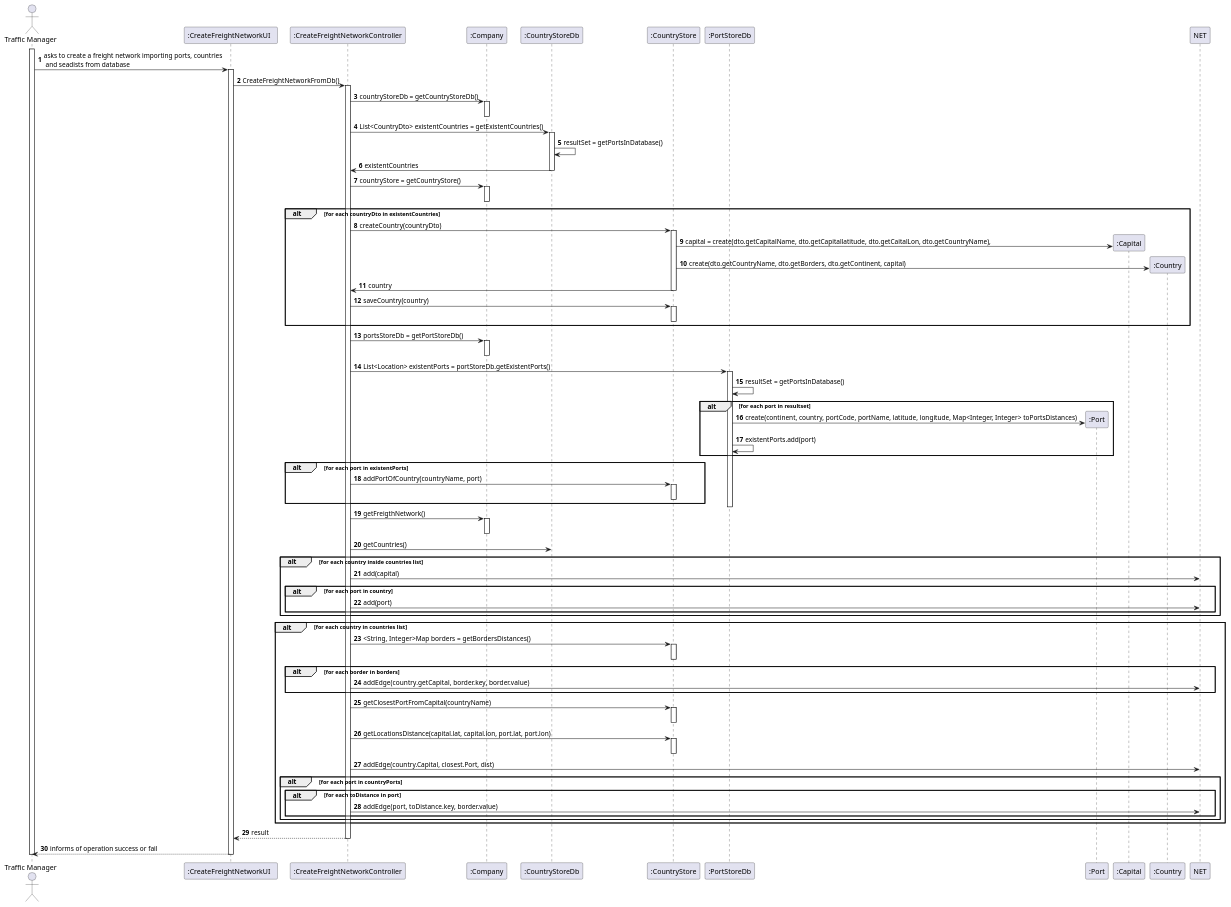
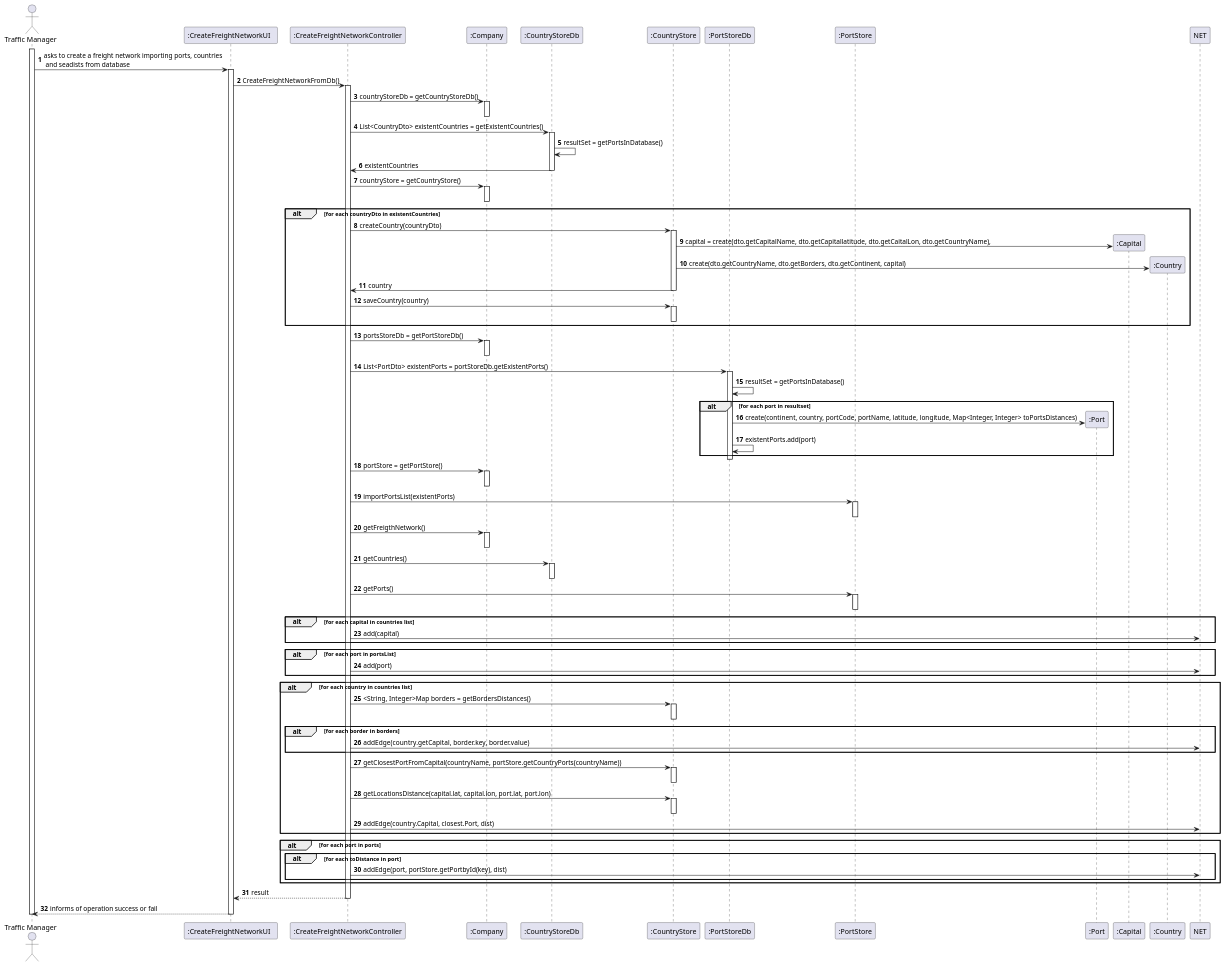
One commit to ana-albergaria/LAPR3-ISEP changed the diagram in docs/Sprint 3/US301/US301_SD.puml. Above: the diagram before and after it, drawn with PlantUML. The commit also changed 4 other files, not shown here.

Commit message:
g54-155 #comment adding design class diagram and finishing sd  #time 1h

```diff
--- a/docs/Sprint 3/US301/US301_SD.puml
+++ b/docs/Sprint 3/US301/US301_SD.puml
@@ -1,97 +1,107 @@
 @startuml
 autonumber
 'hide footbox
 actor "Traffic Manager" as PM
 participant ":CreateFreightNetworkUI  " as UI
 participant ":CreateFreightNetworkController" as CTRL
 participant ":Company" as CMP
 participant ":CountryStoreDb" as CSTORE
 participant ":CountryStore" as LSTORE
 participant ":PortStoreDb" as STORE
+participant ":PortStore" as PSTORE
 participant ":Port" as PORT
 participant ":Capital" as CAP
 participant ":Country" as CTRY
 
 
 activate PM
 PM -> UI : asks to create a freight network importing ports, countries\n and seadists from database
 activate UI
 
 UI -> CTRL : CreateFreightNetworkFromDb()
 activate CTRL
 CTRL -> CMP : countryStoreDb = getCountryStoreDb()
 activate CMP
 deactivate CMP
 CTRL -> CSTORE : List<CountryDto> existentCountries = getExistentCountries()
 activate CSTORE
 CSTORE -> CSTORE: resultSet = getPortsInDatabase()
 CSTORE -> CTRL: existentCountries
 deactivate CSTORE
 CTRL -> CMP : countryStore = getCountryStore()
 activate CMP
 deactivate CMP
 alt for each countryDto in existentCountries
 CTRL -> LSTORE : createCountry(countryDto)
 activate LSTORE
 LSTORE -> CAP** : capital = create(dto.getCapitalName, dto.getCapitallatitude, dto.getCaitalLon, dto.getCountryName),
 LSTORE -> CTRY** : create(dto.getCountryName, dto.getBorders, dto.getContinent, capital)
 LSTORE -> CTRL : country
 deactivate LSTORE
 CTRL -> LSTORE: saveCountry(country)
 activate LSTORE
 deactivate LSTORE
 end
 deactivate CSTORE
 CTRL -> CMP : portsStoreDb = getPortStoreDb()
 activate CMP
 deactivate CMP
-CTRL -> STORE : List<Location> existentPorts = portStoreDb.getExistentPorts()
+CTRL -> STORE : List<PortDto> existentPorts = portStoreDb.getExistentPorts()
 activate STORE
 STORE -> STORE: resultSet = getPortsInDatabase()
 alt for each port in resultset
 STORE -> PORT** : create(continent, country, portCode, portName, latitude, longitude, Map<Integer, Integer> toPortsDistances)
 STORE -> STORE : existentPorts.add(port)
 end
-alt for each port in existentPorts
-CTRL -> LSTORE : addPortOfCountry(countryName, port)
-activate LSTORE
-deactivate LSTORE
-end
+deactivate STORE
+
+CTRL -> CMP: portStore = getPortStore()
+activate CMP
+deactivate CMP
+
+CTRL -> PSTORE : importPortsList(existentPorts)
+activate PSTORE
+deactivate PSTORE
 deactivate STORE
 CTRL -> CMP : getFreigthNetwork()
 activate CMP
 deactivate CMP
 CTRL -> CSTORE : getCountries()
-alt for each country inside countries list
+activate CSTORE
+deactivate CSTORE
+CTRL -> PSTORE: getPorts()
+activate PSTORE
+deactivate PSTORE
+alt for each capital in countries list
 CTRL -> NET : add(capital)
-alt for each port in country
+end
+alt for each port in portsList
 CTRL -> NET : add(port)
-end
 end
 alt for each country in countries list
 CTRL -> LSTORE : <String, Integer>Map borders =  getBordersDistances()
 activate LSTORE
 deactivate LSTORE
 alt for each border in borders
 CTRL -> NET : addEdge(country.getCapital, border.key, border.value)
 end
-CTRL -> LSTORE: getClosestPortFromCapital(countryName)
+CTRL -> LSTORE: getClosestPortFromCapital(countryName, portStore.getCountryPorts(countryName))
 activate LSTORE
 deactivate LSTORE
 CTRL -> LSTORE: getLocationsDistance(capital.lat, capital.lon, port.lat, port.lon)
 activate LSTORE
 deactivate LSTORE
 CTRL -> NET : addEdge(country.Capital, closest.Port, dist)
-alt for each port in countryPorts
+end
+alt for each port in ports
 alt for each toDistance in port
-CTRL -> NET : addEdge(port, toDistance.key, border.value)
-end
+CTRL -> NET : addEdge(port, portStore.getPortbyId(key), dist)
 end
 end
 CTRL --> UI : result
 deactivate CTRL
 UI --> PM : informs of operation success or fail
 deactivate UI
 deactivate PM
 
 @enduml
```
